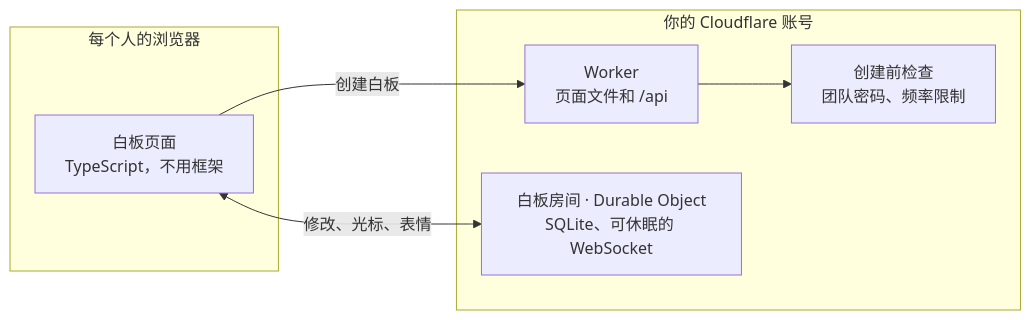
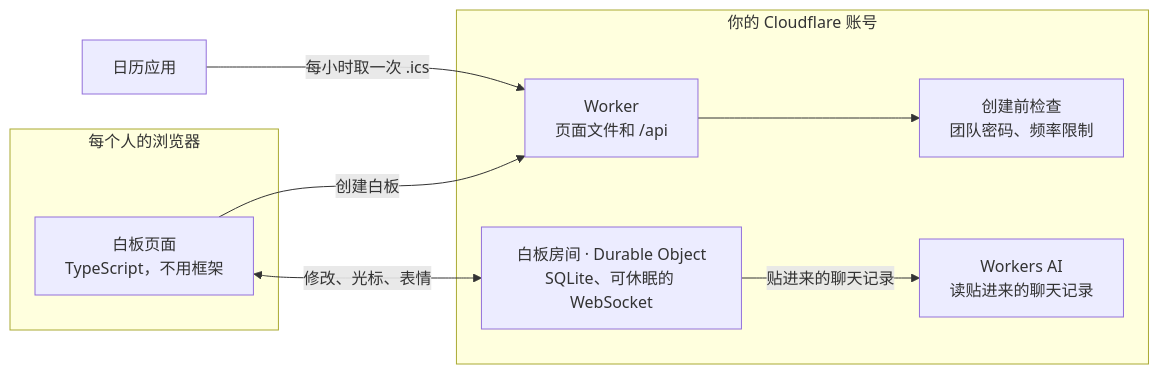
One commit to s045pd/longtable changed the diagram in README.zh-CN.md. Above: the diagram before and after it, drawn with Mermaid. The commit also changed other lines of this file and 22 other files, not shown here.

````diff
--- a/README.zh-CN.md
+++ b/README.zh-CN.md
@@ -196,14 +221,18 @@
 ```mermaid
 flowchart LR
   subgraph browser [每个人的浏览器]
     app["白板页面<br/>TypeScript，不用框架"]
   end
   subgraph cf [你的 Cloudflare 账号]
     worker["Worker<br/>页面文件和 /api"]
     gate["创建前检查<br/>团队密码、频率限制"]
     room["白板房间 · Durable Object<br/>SQLite、可休眠的 WebSocket"]
+    ai["Workers AI<br/>读贴进来的聊天记录"]
   end
+  cal["日历应用"]
   app -- "创建白板" --> worker
   worker --> gate
   app <-- "修改、光标、表情" --> room
+  room -- "贴进来的聊天记录" --> ai
+  cal -- "每小时取一次 .ics" --> worker
 ```
````
